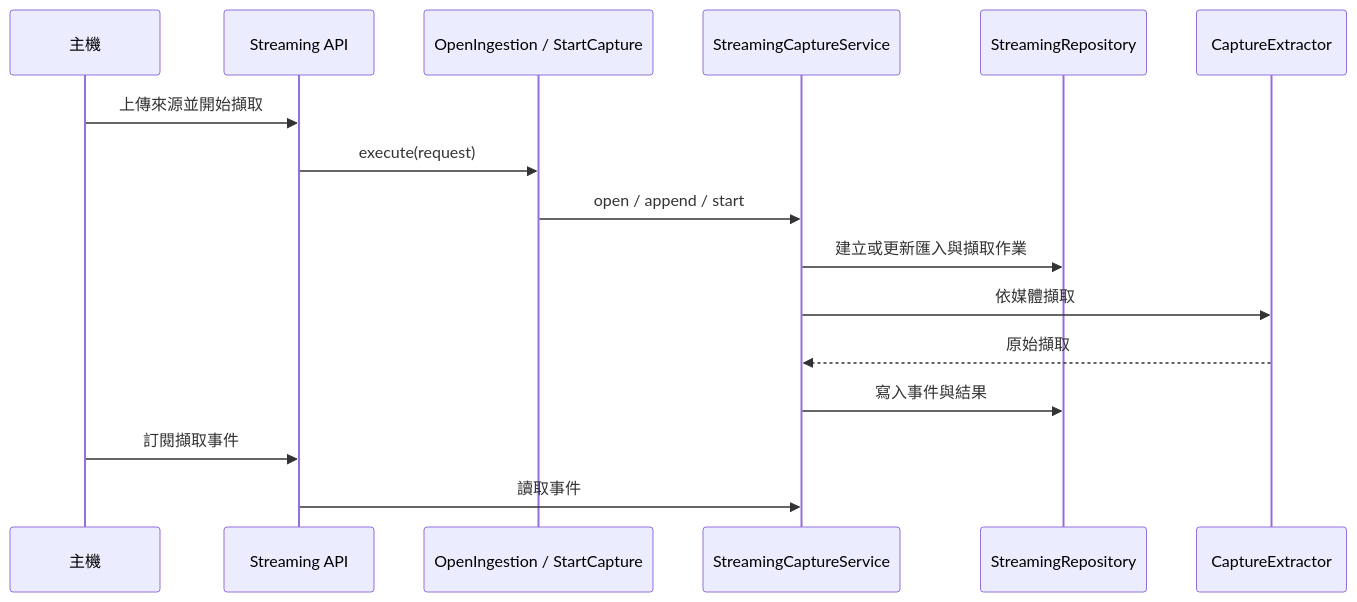
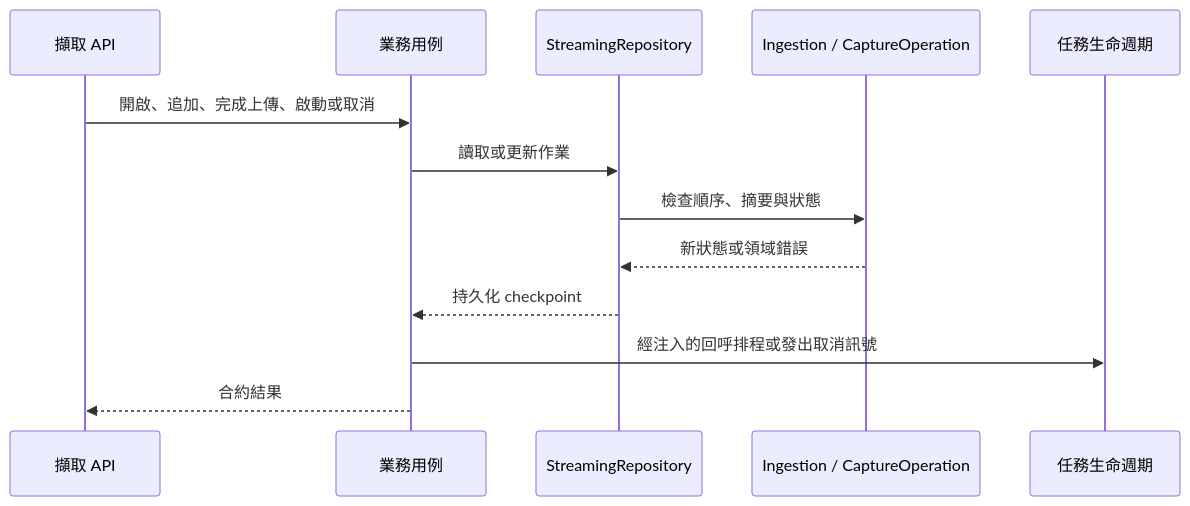
Before and after one commit to gx-capture/capture-workbench: the second of 2 diagrams in docs/domain/capture.md, drawn with Mermaid. The commit also changed other lines of this file and 46 other files, not shown here.

````diff
--- a/docs/domain/capture.md
+++ b/docs/domain/capture.md
@@ -78,18 +38,15 @@
 ```mermaid
 sequenceDiagram
-  participant Host as 主機
-  participant API as Streaming API
-  participant UseCase as OpenIngestion / StartCapture
-  participant Service as StreamingCaptureService
+  participant API as 擷取 API
+  participant UC as 業務用例
   participant Repo as StreamingRepository
-  participant Extractor as CaptureExtractor
-  Host->>API: 上傳來源並開始擷取
-  API->>UseCase: execute(request)
-  UseCase->>Service: open / append / start
-  Service->>Repo: 建立或更新匯入與擷取作業
-  Service->>Extractor: 依媒體擷取
-  Extractor-->>Service: 原始擷取
-  Service->>Repo: 寫入事件與結果
-  Host->>API: 訂閱擷取事件
-  API->>Service: 讀取事件
+  participant Domain as Ingestion / CaptureOperation
+  participant Tasks as 任務生命週期
+  API->>UC: 開啟、追加、完成上傳、啟動或取消
+  UC->>Repo: 讀取或更新作業
+  Repo->>Domain: 檢查順序、摘要與狀態
+  Domain-->>Repo: 新狀態或領域錯誤
+  Repo-->>UC: 持久化 checkpoint
+  UC->>Tasks: 經注入的回呼排程或發出取消訊號
+  UC-->>API: 合約結果
 ```
````
